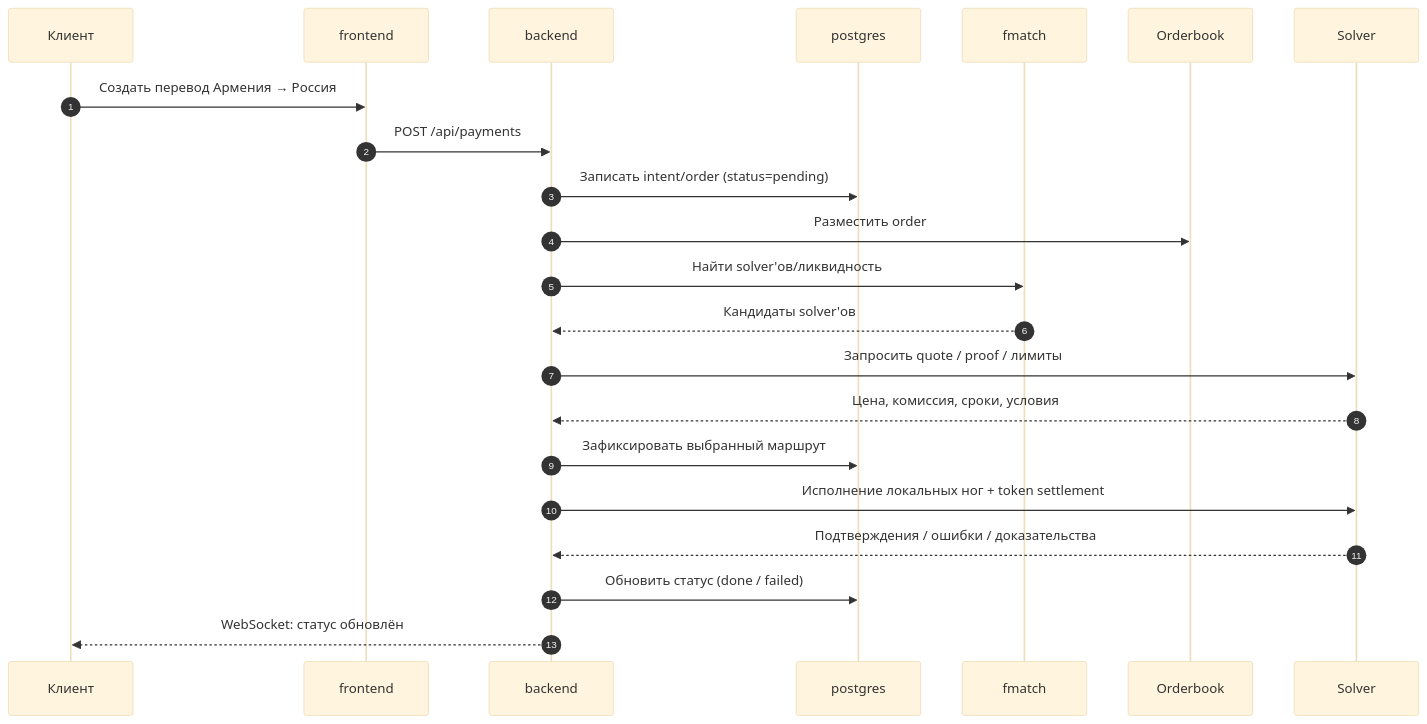
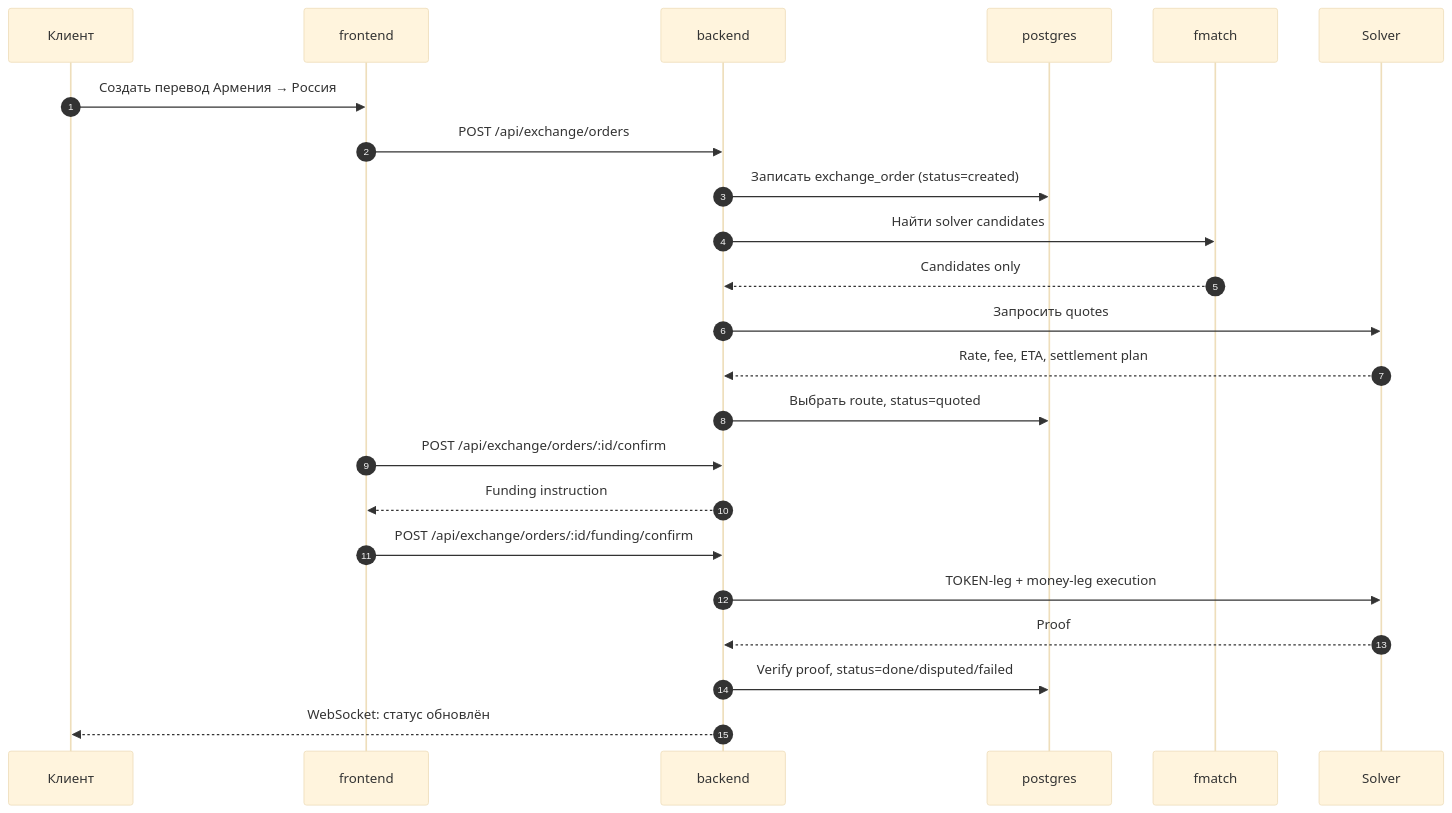
The third of 3 diagrams in README.md (Flow3Pay/pay3flow), drawn with Mermaid (base theme) before and after one commit. The commit also changed other lines of this file and 3 other files, not shown here.

Commit message:
docs: complete exchange architecture phases

````diff
--- a/README.md
+++ b/README.md
@@ -77,25 +109,26 @@
 ```mermaid
 sequenceDiagram
     autonumber
     participant К as Клиент
     participant FE as frontend
     participant BE as backend
     participant DB as postgres
     participant FM as fmatch
-    participant OB as Orderbook
     participant S as Solver
 
     К->>FE: Создать перевод Армения → Россия
-    FE->>BE: POST /api/payments
-    BE->>DB: Записать intent/order (status=pending)
-    BE->>OB: Разместить order
-    BE->>FM: Найти solver'ов/ликвидность
-    FM-->>BE: Кандидаты solver'ов
-    BE->>S: Запросить quote / proof / лимиты
-    S-->>BE: Цена, комиссия, сроки, условия
-    BE->>DB: Зафиксировать выбранный маршрут
-    BE->>S: Исполнение локальных ног + token settlement
-    S-->>BE: Подтверждения / ошибки / доказательства
-    BE->>DB: Обновить статус (done / failed)
+    FE->>BE: POST /api/exchange/orders
+    BE->>DB: Записать exchange_order (status=created)
+    BE->>FM: Найти solver candidates
+    FM-->>BE: Candidates only
+    BE->>S: Запросить quotes
+    S-->>BE: Rate, fee, ETA, settlement plan
+    BE->>DB: Выбрать route, status=quoted
+    FE->>BE: POST /api/exchange/orders/:id/confirm
+    BE-->>FE: Funding instruction
+    FE->>BE: POST /api/exchange/orders/:id/funding/confirm
+    BE->>S: TOKEN-leg + money-leg execution
+    S-->>BE: Proof
+    BE->>DB: Verify proof, status=done/disputed/failed
     BE-->>К: WebSocket: статус обновлён
 ```
````
